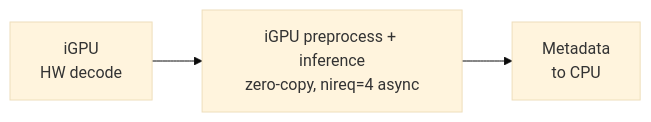
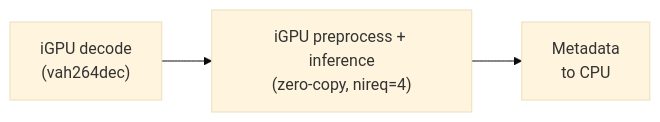
One commit to open-edge-platform/dlstreamer changed the second of 3 diagrams in samples/gstreamer/e2e_performance/README.md. Above: the diagram before and after it, drawn with Mermaid (base theme). The commit also changed other lines of this file and 5 other files, not shown here.

````diff
--- a/samples/gstreamer/e2e_performance/README.md
+++ b/samples/gstreamer/e2e_performance/README.md
@@ -54,4 +52,4 @@
 ```mermaid
 flowchart LR
-    D1["iGPU\nHW decode"] --> D2["iGPU preprocess + inference\nzero-copy, nireq=4 async"] --> D3["Metadata\nto CPU"]
+    D1["iGPU decode\n(vah264dec)"] --> D2["iGPU preprocess + inference\n(zero-copy, nireq=4)"] --> D3["Metadata\nto CPU"]
 ```
````
